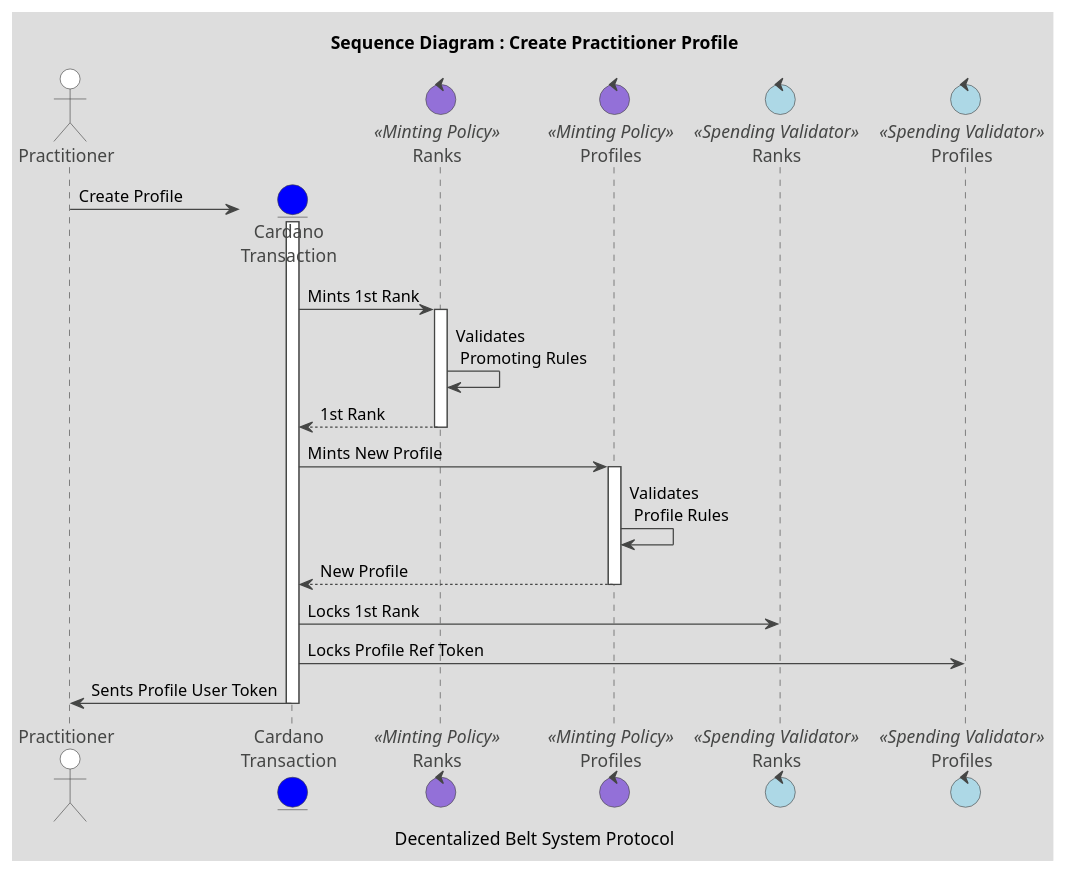
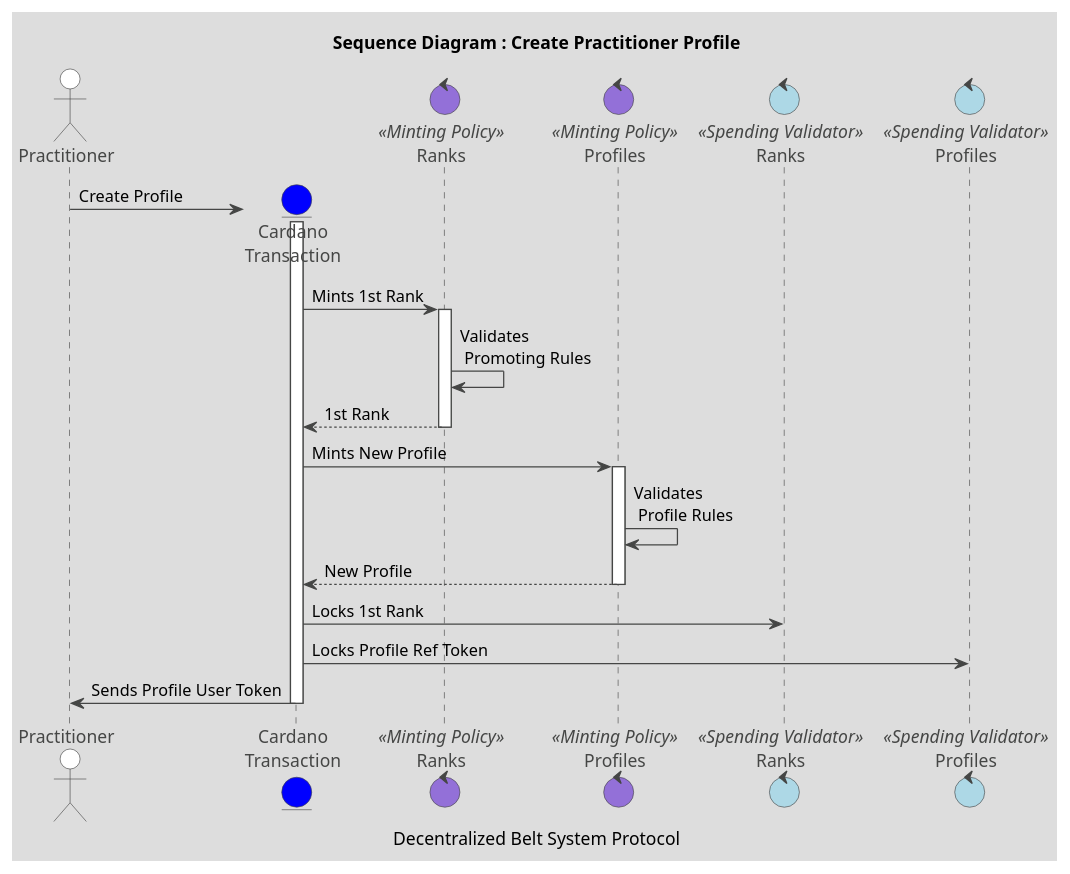
Before and after one commit to en7angled/Decentralized-Belt-System: the diagram in puml/SequenceDiagram-CreateProfile-Practitioner.puml, drawn with PlantUML. The commit also changed 167 other files, not shown here.

```diff
--- a/puml/SequenceDiagram-CreateProfile-Practitioner.puml
+++ b/puml/SequenceDiagram-CreateProfile-Practitioner.puml
@@ -1,42 +1,42 @@
 @startuml CreateProfile-Practitioner
 
 title: Sequence Diagram : Create Practitioner Profile
-caption: Decentalized Belt System Protocol
+caption: Decentralized Belt System Protocol
 
 !theme toy
 
 skinparam control<< Spending Validator >>  {
     BackgroundColor LightBlue
 }
 skinparam control<< Minting Policy >>    {
     BackgroundColor MediumPurple
 }
 
 
 actor Practitioner #white
 entity Cardano as "Cardano\nTransaction" #blue
 
 control RankMP as "Ranks" << Minting Policy >>
 control ProfilesMP as "Profiles" << Minting Policy >>
 control RanksV as "Ranks" << Spending Validator >>
 control ProfilesV as "Profiles" << Spending Validator >>
 
 create Cardano
 Practitioner -> Cardano --++ : Create Profile
 
 Cardano -> RankMP ++ : Mints 1st Rank
 RankMP -> RankMP : Validates\n Promoting Rules
 RankMP --> Cardano --: 1st Rank
 
 
 Cardano -> ProfilesMP ++ : Mints New Profile
 ProfilesMP -> ProfilesMP : Validates\n Profile Rules
 ProfilesMP --> Cardano --: New Profile
 
 Cardano -> RanksV : Locks 1st Rank
 Cardano -> ProfilesV : Locks Profile Ref Token
-Cardano -> Practitioner --: Sents Profile User Token
+Cardano -> Practitioner --: Sends Profile User Token
 
 
 
 @enduml
```
